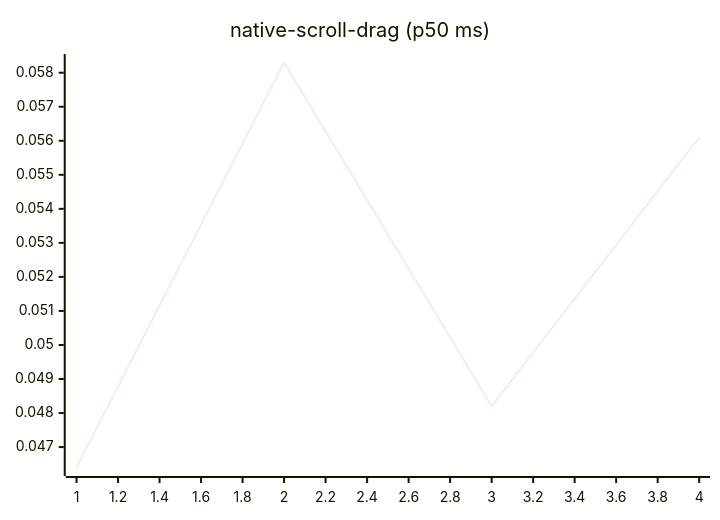
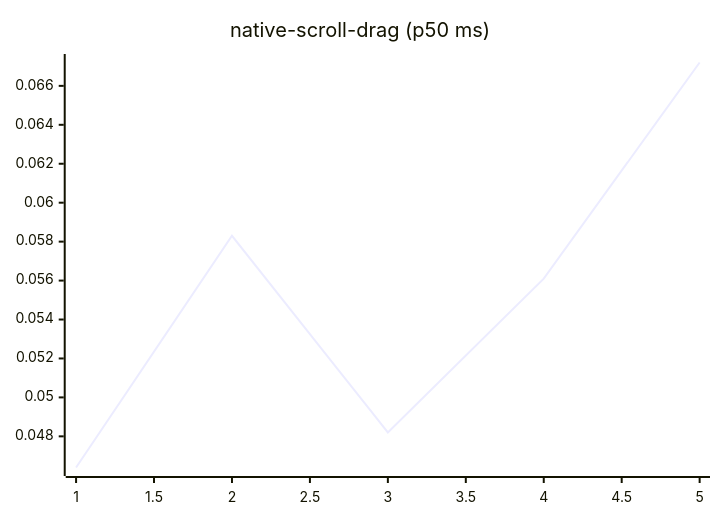
Diagram 14 of 27 in README.md (josha/Facet), drawn with Mermaid before and after one commit. The commit also changed other lines of this file and 2 other files, not shown here.

````diff
--- a/README.md
+++ b/README.md
@@ -154,6 +154,6 @@
 ```mermaid
 xychart-beta
     title "native-scroll-drag (p50 ms)"
-    x-axis 1 --> 4
-    line [0.0464, 0.0583, 0.0482, 0.0561]
+    x-axis 1 --> 5
+    line [0.0464, 0.0583, 0.0482, 0.0561, 0.0672]
 ```
````
